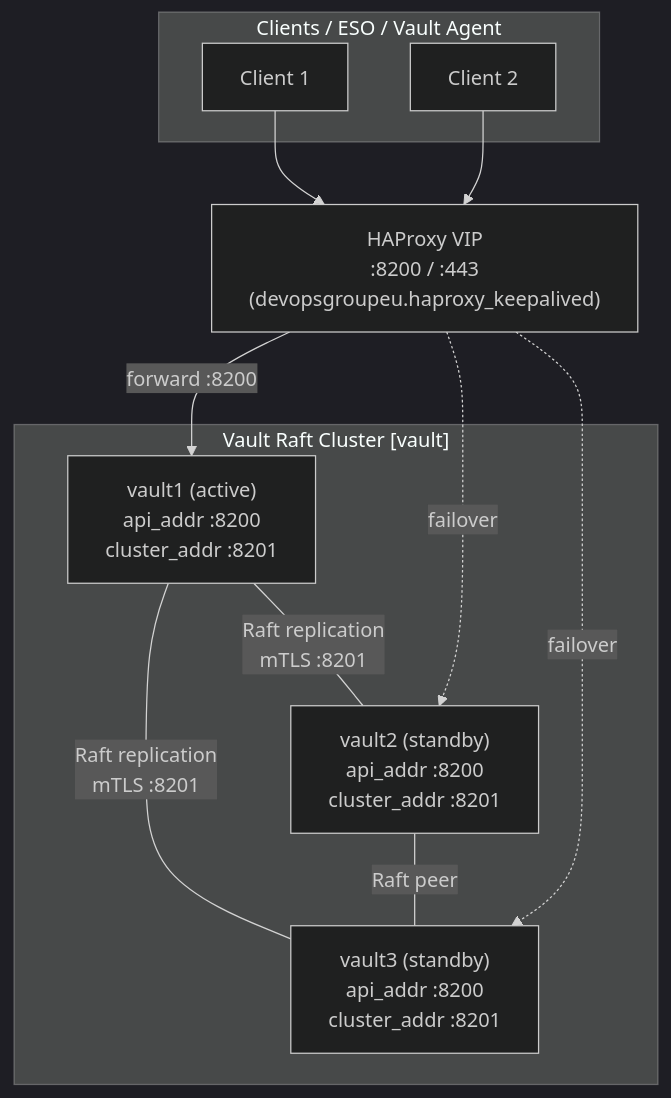
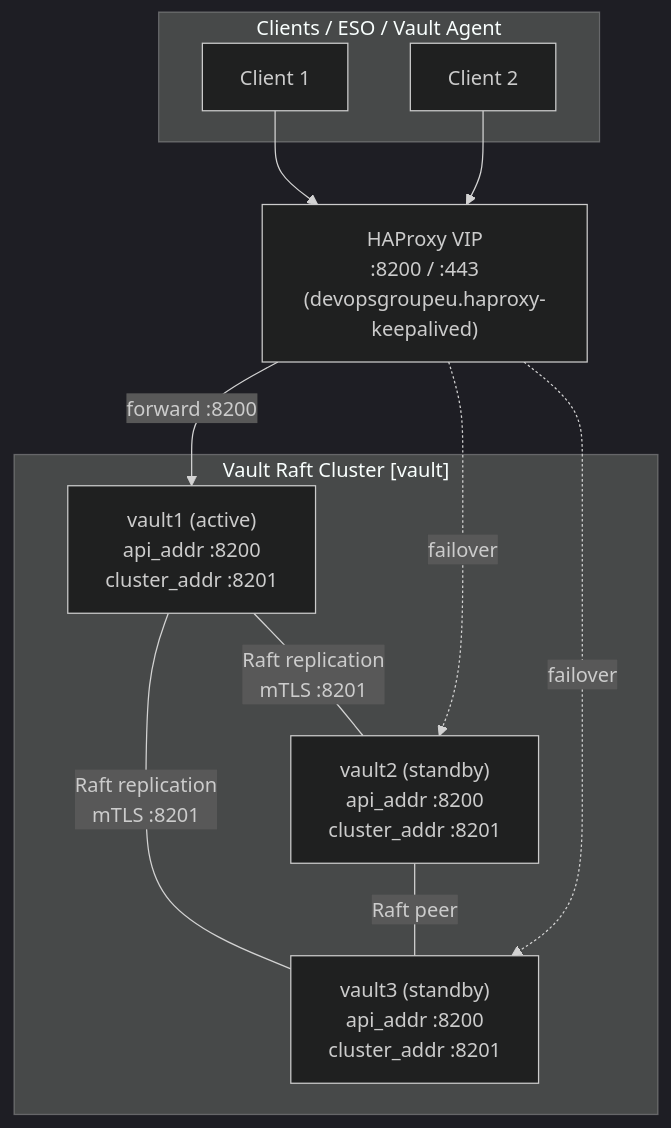
The first of 2 diagrams in docs/ARCHITECTURE.md (devopsgroupeu/ansible-role-hashicorp-vault), drawn with Mermaid (dark theme) before and after one commit. The commit also changed other lines of this file and 7 other files, not shown here.

````diff
--- a/docs/ARCHITECTURE.md
+++ b/docs/ARCHITECTURE.md
@@ -15,24 +15,24 @@
 ```mermaid
 flowchart TD
     subgraph clients["Clients / ESO / Vault Agent"]
         C1[Client 1]
         C2[Client 2]
     end
 
-    LB["HAProxy VIP\n:8200 / :443\n(devopsgroupeu.haproxy_keepalived)"]
+    LB["HAProxy VIP\n:8200 / :443\n(devopsgroupeu.haproxy-keepalived)"]
 
     subgraph vault_cluster["Vault Raft Cluster  [vault]"]
         V1["vault1 (active)\napi_addr :8200\ncluster_addr :8201"]
         V2["vault2 (standby)\napi_addr :8200\ncluster_addr :8201"]
         V3["vault3 (standby)\napi_addr :8200\ncluster_addr :8201"]
         V1 -- "Raft replication\nmTLS :8201" --- V2
         V1 -- "Raft replication\nmTLS :8201" --- V3
         V2 -- "Raft peer" --- V3
     end
 
     C1 --> LB
     C2 --> LB
     LB -->|"forward :8200"| V1
     LB -.->|"failover"| V2
     LB -.->|"failover"| V3
 ```
````
